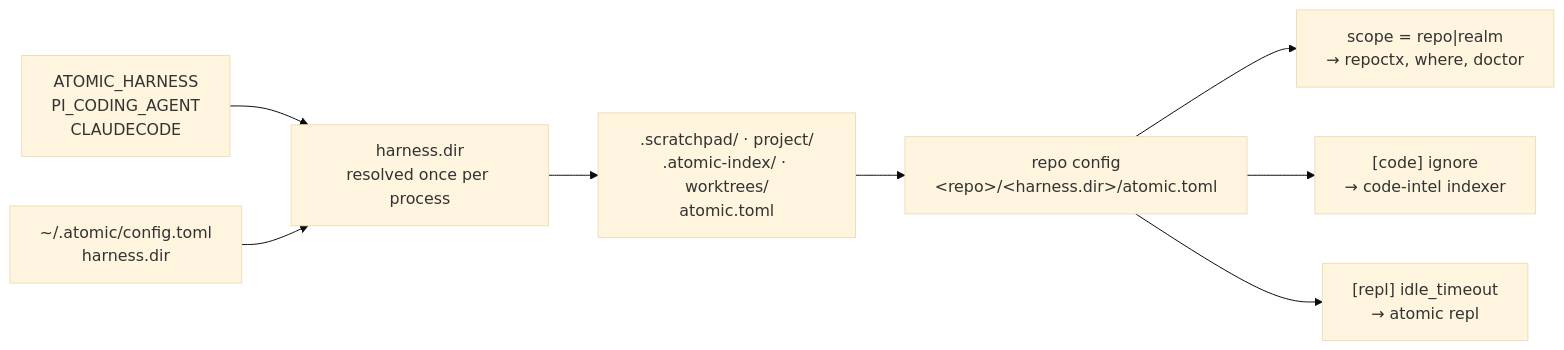
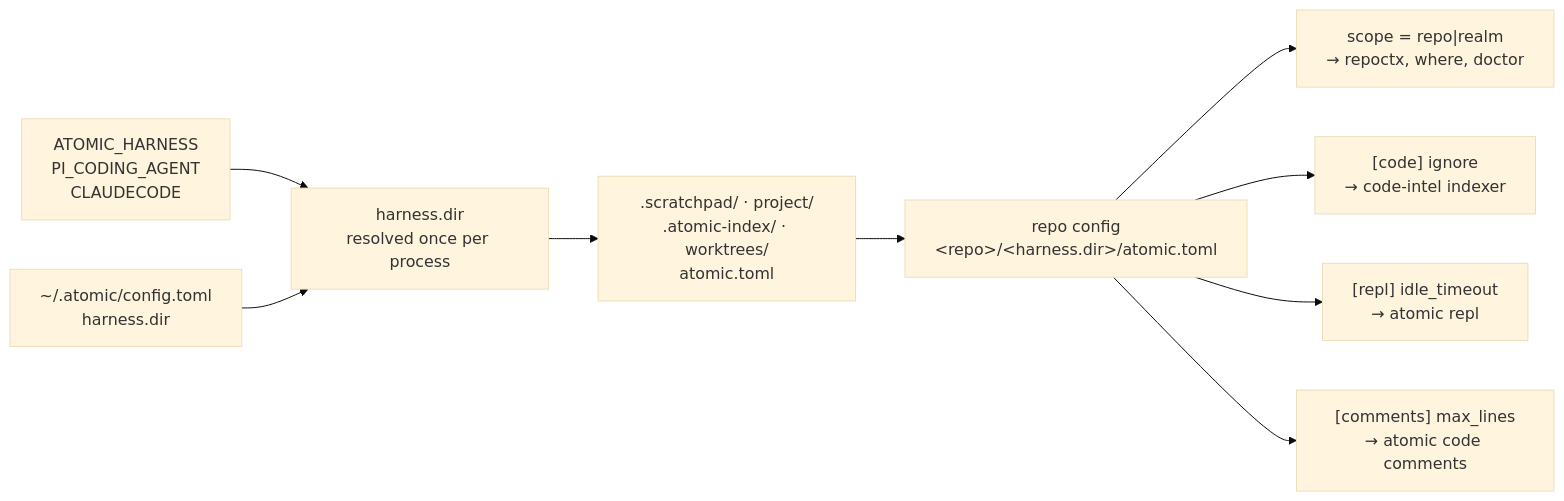
One commit to damusix/atomic-claude changed the first of 7 diagrams in docs/wiki/config.md. Above: the diagram before and after it, drawn with Mermaid (base theme). The commit also changed other lines of this file and 29 other files, not shown here.

First line of the commit message:
feat(code): add atomic code comments verb and [comments] max_lines

````diff
--- a/docs/wiki/config.md
+++ b/docs/wiki/config.md
@@ -23,10 +23,11 @@
 ```mermaid
 flowchart LR
     ENV["ATOMIC_HARNESS<br/>PI_CODING_AGENT<br/>CLAUDECODE"] --> HD
     UC["~/.atomic/config.toml<br/>harness.dir"] --> HD["harness.dir<br/>resolved once per process"]
     HD --> RL[".scratchpad/ · project/<br/>.atomic-index/ · worktrees/<br/>atomic.toml"]
     RL --> RC["repo config<br/>&lt;repo&gt;/&lt;harness.dir&gt;/atomic.toml"]
     RC --> SC["scope = repo|realm<br/>→ repoctx, where, doctor"]
     RC --> IG["[code] ignore<br/>→ code-intel indexer"]
     RC --> RT["[repl] idle_timeout<br/>→ atomic repl"]
+    RC --> CM["[comments] max_lines<br/>→ atomic code comments"]
 ```
````
